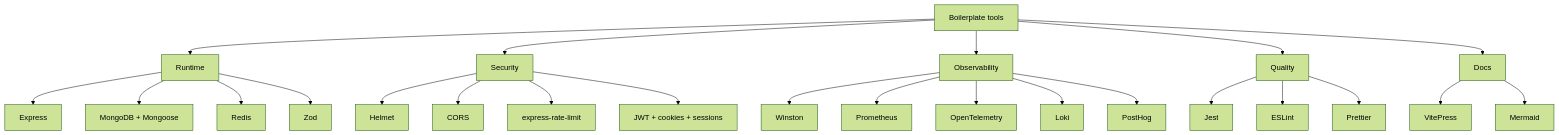
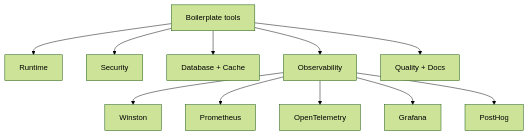
One commit to Guebbit/boilerplate-node-backend changed the diagram in docs/tools/index.md. Above: the diagram before and after it, drawn with Mermaid (forest theme). The commit also changed other lines of this file and 19 other files, not shown here.

````diff
--- a/docs/tools/index.md
+++ b/docs/tools/index.md
@@ -9,31 +9,14 @@
 ```mermaid
 flowchart TD
     A[Boilerplate tools] --> B[Runtime]
     A --> C[Security]
-    A --> D[Observability]
-    A --> E[Quality]
-    A --> F[Docs]
+    A --> D[Database + Cache]
+    A --> E[Observability]
+    A --> F[Quality + Docs]
 
-    B --> B1[Express]
-    B --> B2[MongoDB + Mongoose]
-    B --> B3[Redis]
-    B --> B4[Zod]
-
-    C --> C1[Helmet]
-    C --> C2[CORS]
-    C --> C3[express-rate-limit]
-    C --> C4[JWT + cookies + sessions]
-
-    D --> D1[Winston]
-    D --> D2[Prometheus]
-    D --> D3[OpenTelemetry]
-    D --> D4[Loki]
-    D --> D5[PostHog]
-
-    E --> E1[Jest]
-    E --> E2[ESLint]
-    E --> E3[Prettier]
-
-    F --> F1[VitePress]
-    F --> F2[Mermaid]
+    E --> E1[Winston]
+    E --> E2[Prometheus]
+    E --> E3[OpenTelemetry]
+    E --> E4[Grafana]
+    E --> E5[PostHog]
 ```
````
